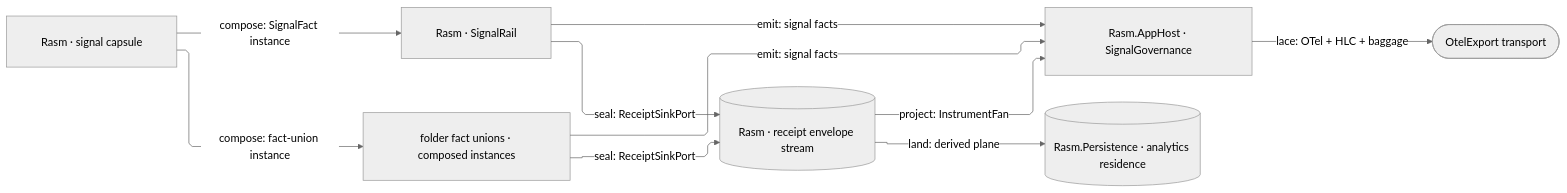
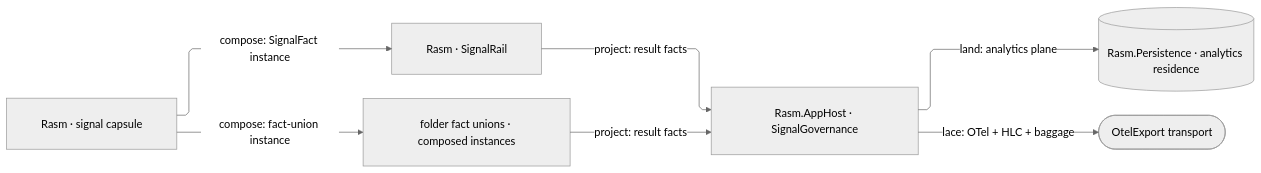
Before and after one commit to bsamiee/Rasm: the fifth of 5 diagrams in libs/dotnet/.planning/ARCHITECTURE.md, drawn with Mermaid (neutral theme). The commit also changed other lines of this file and 1417 other files, not shown here.

````diff
--- a/libs/dotnet/.planning/ARCHITECTURE.md
+++ b/libs/dotnet/.planning/ARCHITECTURE.md
@@ -253,28 +251,24 @@
 ```mermaid
 ---
 config:
   layout: elk
   flowchart:
     curve: linear
     padding: 25
 ---
 flowchart LR
     accTitle: .NET branch signal plane spine
-    accDescr: How composed signal instances emit into AppHost governance and seal receipts, and where the laced series and receipt stream each leave.
+    accDescr: How canonical operation results project into AppHost governance and where telemetry leaves or lands.
     Capsule[Rasm · signal capsule]
     KernelRail[Rasm · SignalRail]
     Folders[folder fact unions · composed instances]
-    Receipts[(Rasm · receipt envelope stream)]
     Governance[Rasm.AppHost · SignalGovernance]
     Residence[(Rasm.Persistence · analytics residence)]
     Egress([OtelExport transport])
     Capsule e1@-->|"compose: SignalFact instance"| KernelRail
     Capsule e2@-->|"compose: fact-union instance"| Folders
-    KernelRail e3@-->|"emit: signal facts"| Governance
-    Folders e4@-->|"emit: signal facts"| Governance
-    KernelRail e5@-->|"seal: ReceiptSinkPort"| Receipts
-    Folders e6@-->|"seal: ReceiptSinkPort"| Receipts
-    Receipts e7@-->|"project: InstrumentFan"| Governance
-    Receipts e8@-->|"land: derived plane"| Residence
-    Governance e9@-->|"lace: OTel + HLC + baggage"| Egress
+    KernelRail e3@-->|"project: result facts"| Governance
+    Folders e4@-->|"project: result facts"| Governance
+    Governance e5@-->|"land: analytics plane"| Residence
+    Governance e6@-->|"lace: OTel + HLC + baggage"| Egress
 ```
````
